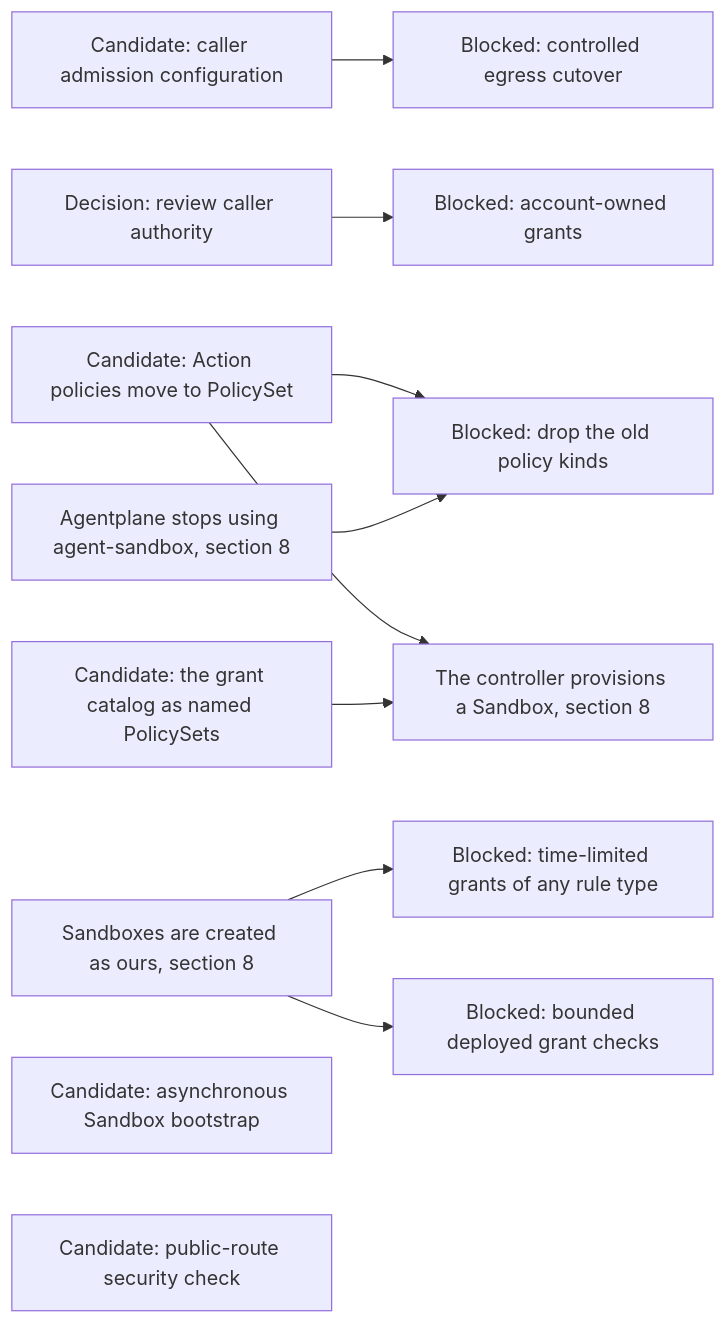
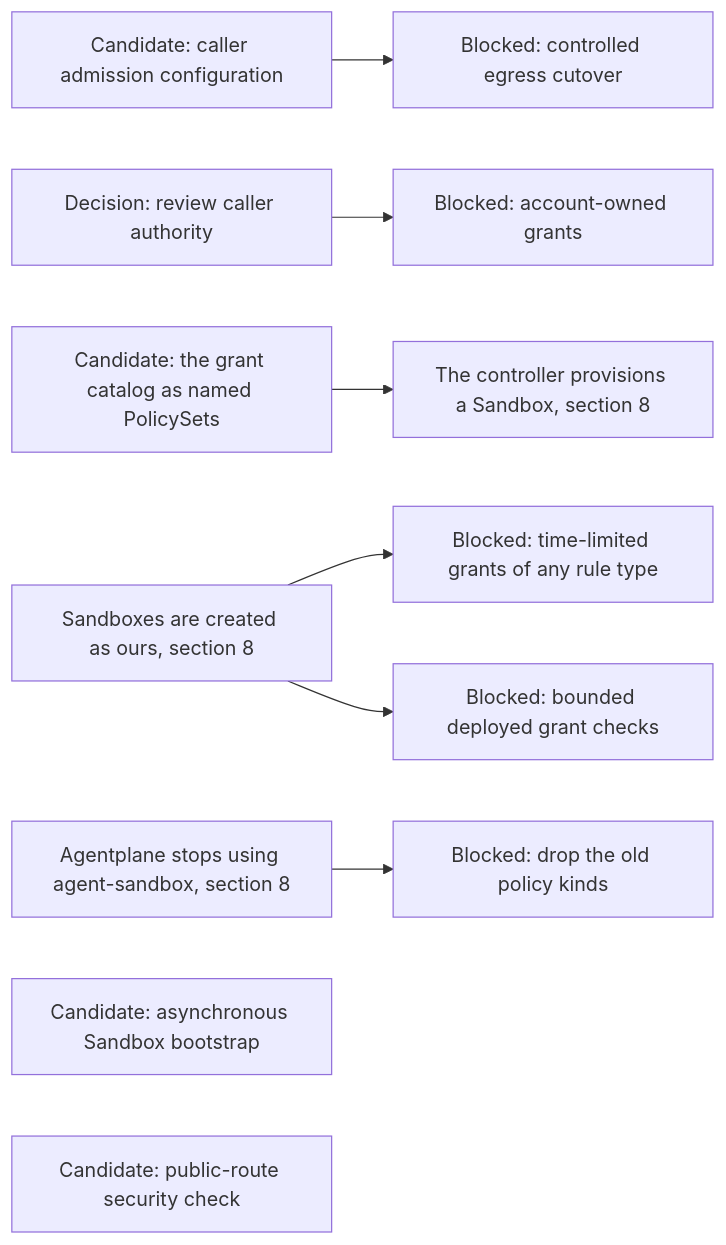
Before and after one commit to agentydragon-agent/ducktape: the eighth of 15 diagrams in agentplane/plans/task_dag.md, drawn with Mermaid. The commit also changed other lines of this file and 6 other files, not shown here.

First line of the commit message:
cluster/cdk8s: static Action grants move to PolicySet/PolicyBinding (#10160)

````diff
--- a/agentplane/plans/task_dag.md
+++ b/agentplane/plans/task_dag.md
@@ -468,16 +468,13 @@
 ```mermaid
 flowchart LR
     PC_EGRESS_CREDENTIALS[Candidate: caller admission configuration] --> PC_EGRESS[Blocked: controlled egress cutover]
     CLAUDE_AI_SA[Decision: review caller authority] --> MANAGED_SA_RBAC[Blocked: account-owned grants]
-    ACTION_POLICY_MIGRATE[Candidate: Action policies move to PolicySet]
-    ACTION_POLICY_MIGRATE --> OLD_POLICY_KINDS_DROP[Blocked: drop the old policy kinds]
     KUBERNETES_POLICY_SETS[Candidate: the grant catalog as named PolicySets]
-    ACTION_POLICY_MIGRATE --> SANDBOX_CONTROLLER_PROVISIONING[The controller provisions a Sandbox, section 8]
-    KUBERNETES_POLICY_SETS --> SANDBOX_CONTROLLER_PROVISIONING
+    KUBERNETES_POLICY_SETS --> SANDBOX_CONTROLLER_PROVISIONING[The controller provisions a Sandbox, section 8]
     SANDBOX_CREATE_CUTOVER[Sandboxes are created as ours, section 8] --> POLICY_RUNTIME_GRANTS[Blocked: time-limited grants of any rule type]
     SANDBOX_CREATE_CUTOVER --> SANDBOX_RBAC
-    AGENT_SANDBOX_RETIRE[Agentplane stops using agent-sandbox, section 8] --> OLD_POLICY_KINDS_DROP
+    AGENT_SANDBOX_RETIRE[Agentplane stops using agent-sandbox, section 8] --> OLD_POLICY_KINDS_DROP[Blocked: drop the old policy kinds]
     BOOTSTRAP_PROGRESS_CONTRACT[Candidate: asynchronous Sandbox bootstrap]
     SANDBOX_RBAC[Blocked: bounded deployed grant checks]
     NOTIFICATION_INGRESS_BOUNDARY[Candidate: public-route security check]
 ```
````
